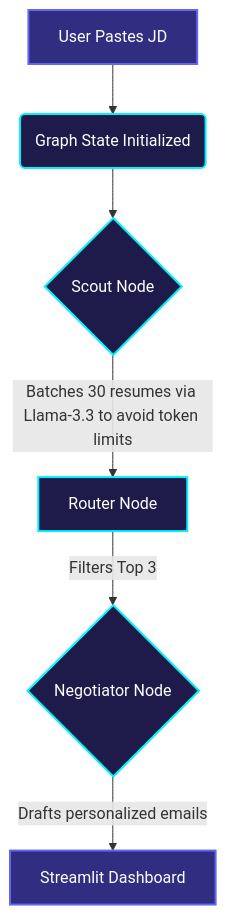
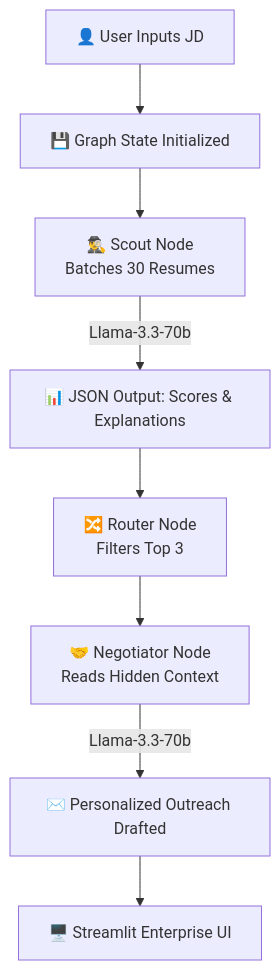
The diagram in README.md (TechieSamosa/nexus-scout-catalyst), drawn with Mermaid before and after one commit. The commit also changed other lines of this file and 1 other file, not shown here.

````diff
--- a/README.md
+++ b/README.md
@@ -13,13 +17,10 @@
 ```mermaid
 graph TD
-    A[User Pastes JD] --> B(Graph State Initialized)
-    B --> C{Scout Node}
-    C -->|Batches 30 resumes via Llama-3.3 to avoid token limits| D[Router Node]
-    D -->|Filters Top 3| E{Negotiator Node}
-    E -->|Drafts personalized emails| F[Streamlit Dashboard]
-    
-    classDef node fill:#1e1b4b,stroke:#00f2fe,stroke-width:2px,color:#fff;
-    classDef action fill:#312e81,stroke:#6366f1,stroke-width:2px,color:#fff;
-    class A,F action;
-    class B,C,D,E node;
+    A[👤 User Inputs JD] --> B[💾 Graph State Initialized]
+    B --> C[🕵️‍♂️ Scout Node <br> Batches 30 Resumes]
+    C -->|Llama-3.3-70b| D[📊 JSON Output: Scores & Explanations]
+    D --> E[🔀 Router Node <br> Filters Top 3]
+    E --> F[🤝 Negotiator Node <br> Reads Hidden Context]
+    F -->|Llama-3.3-70b| G[✉️ Personalized Outreach Drafted]
+    G --> H[🖥️ Streamlit Enterprise UI]
 ```
````
